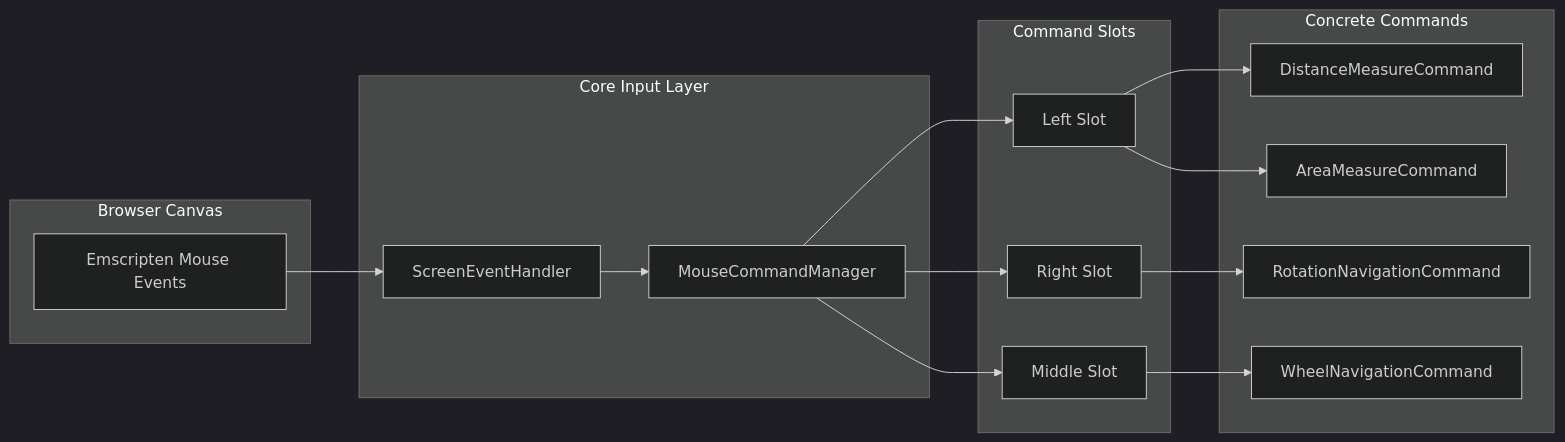
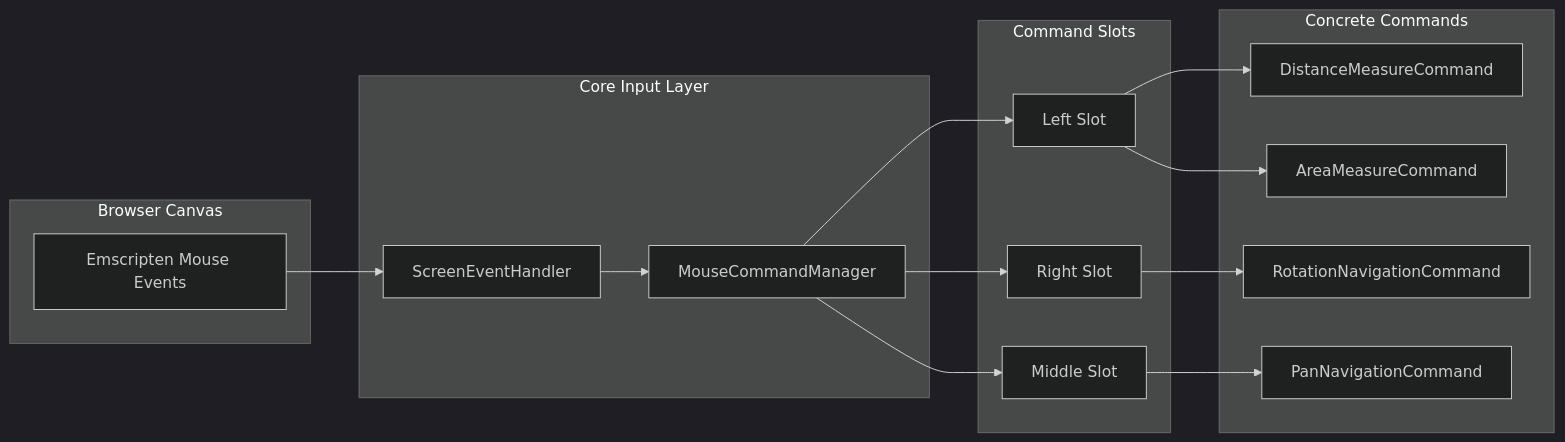
The first of 2 diagrams in GraphV3.md (vfa-khaidt1/vfa-cdn), drawn with Mermaid (dark theme) before and after one commit.

````diff
--- a/GraphV3.md
+++ b/GraphV3.md
@@ -1,35 +1,35 @@
 ```mermaid
 flowchart LR
     subgraph Input["Browser Canvas"]
         Raw["Emscripten Mouse Events"]
     end
 
     Raw --> Router["ScreenEventHandler"]
 
     subgraph Core["Core Input Layer"]
         Router --> CM["MouseCommandManager"]
     end
 
     subgraph Slots["Command Slots"]
         LSlot["Left Slot"]
         RSlot["Right Slot"]
         MSlot["Middle Slot"]
     end
 
     CM --> LSlot
     CM --> RSlot
     CM --> MSlot
 
     subgraph Commands["Concrete Commands"]
         DMC["DistanceMeasureCommand"]
         RNC["RotationNavigationCommand"]
         AMC["AreaMeasureCommand"]
-        WNC["WheelNavigationCommand"]
+        PNC["PanNavigationCommand"]
     end
 
     LSlot --> DMC
     RSlot --> RNC
-    MSlot --> WNC
+    MSlot --> PNC
     LSlot --> AMC
 
 ```
````
